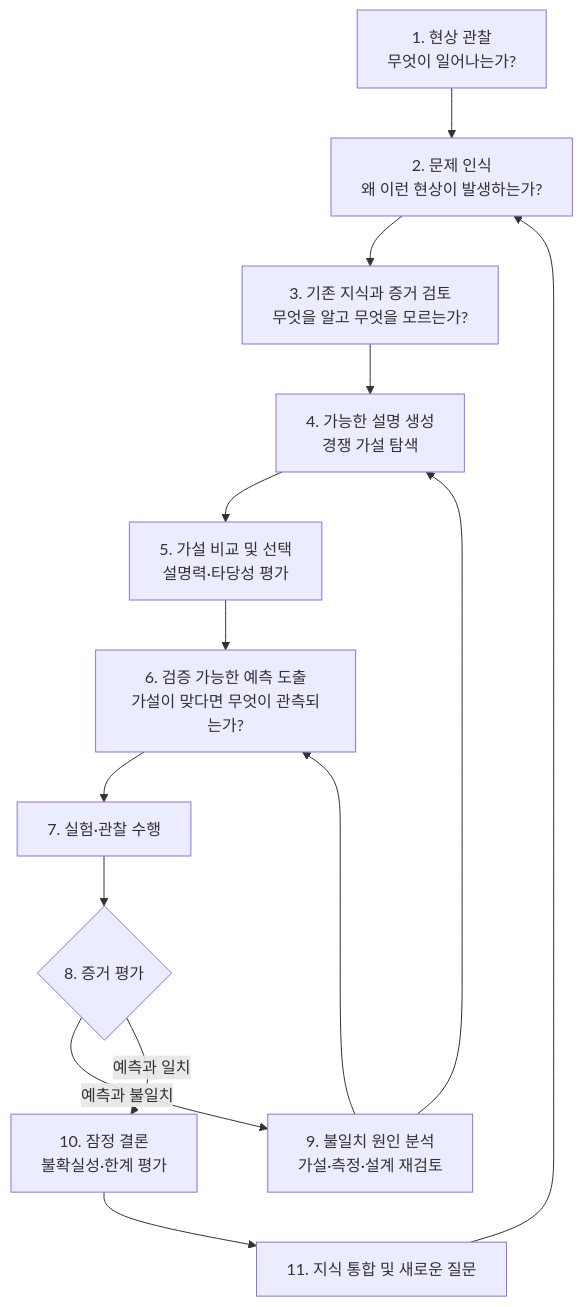
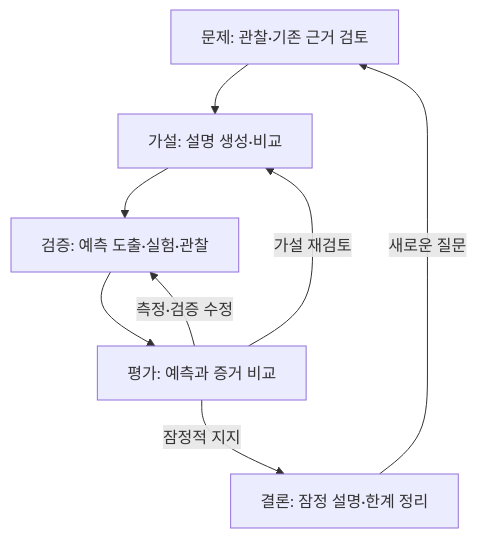
Before and after one commit to Rmayana/frontier-research-harness: the third of 8 diagrams in docs/SPECIFICATION.md, drawn with Mermaid. The commit also changed other lines of this file, not shown here.

````diff
--- a/docs/SPECIFICATION.md
+++ b/docs/SPECIFICATION.md
@@ -184,22 +181,14 @@
 ```mermaid
 flowchart TD
-    A["1. 현상 관찰<br/>무엇이 일어나는가?"]
-    B["2. 문제 인식<br/>왜 이런 현상이 발생하는가?"]
-    C["3. 기존 지식과 증거 검토<br/>무엇을 알고 무엇을 모르는가?"]
-    D["4. 가능한 설명 생성<br/>경쟁 가설 탐색"]
-    E["5. 가설 비교 및 선택<br/>설명력·타당성 평가"]
-    F["6. 검증 가능한 예측 도출<br/>가설이 맞다면 무엇이 관측되는가?"]
-    G["7. 실험·관찰 수행"]
-    H{"8. 증거 평가"}
-    I["9. 불일치 원인 분석<br/>가설·측정·설계 재검토"]
-    J["10. 잠정 결론<br/>불확실성·한계 평가"]
-    K["11. 지식 통합 및 새로운 질문"]
+    A["문제: 관찰·기존 근거 검토"]
+    B["가설: 설명 생성·비교"]
+    C["검증: 예측 도출·실험·관찰"]
+    D["평가: 예측과 증거 비교"]
+    E["결론: 잠정 설명·한계 정리"]
 
-    A --> B --> C --> D --> E --> F --> G --> H
-    H -->|"예측과 불일치"| I
-    I --> D
-    I --> F
-    H -->|"예측과 일치"| J
-    J --> K
-    K --> B
+    A --> B --> C --> D
+    D -->|"잠정적 지지"| E
+    D -->|"가설 재검토"| B
+    D -->|"측정·검증 수정"| C
+    E -->|"새로운 질문"| A
 ```
````
